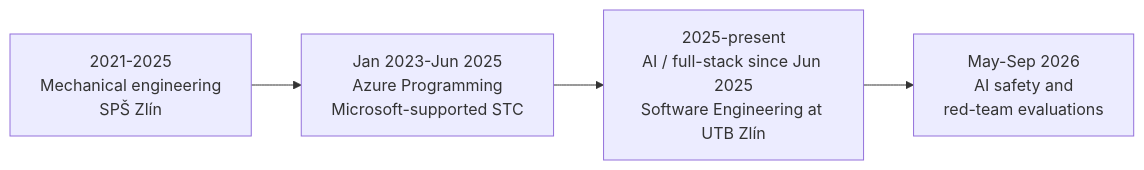
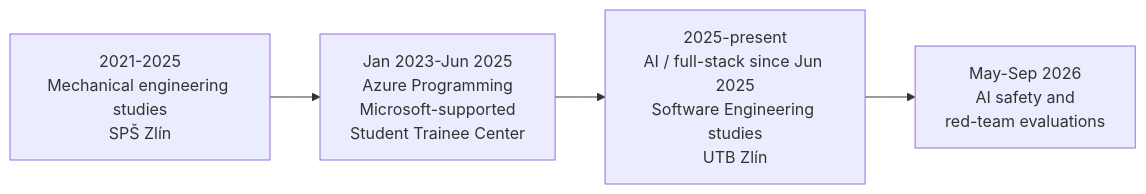
The diagram in README.md (Majkey25/Majkey25), drawn with Mermaid before and after one commit.

Commit message:
docs: keep career study labels explicit

```diff
--- a/README.md
+++ b/README.md
@@ -87,6 +87,6 @@
 ~~~mermaid
 flowchart LR
-    A["2021-2025<br/>Mechanical engineering<br/>SPŠ Zlín"] --> B["Jan 2023-Jun 2025<br/>Azure Programming<br/>Microsoft-supported STC"]
-    B --> C["2025-present<br/>AI / full-stack since Jun 2025<br/>Software Engineering at UTB Zlín"]
+    A["2021-2025<br/>Mechanical engineering studies<br/>SPŠ Zlín"] --> B["Jan 2023-Jun 2025<br/>Azure Programming<br/>Microsoft-supported<br/>Student Trainee Center"]
+    B --> C["2025-present<br/>AI / full-stack since Jun 2025<br/>Software Engineering studies<br/>UTB Zlín"]
     C --> D["May-Sep 2026<br/>AI safety and<br/>red-team evaluations"]
 ~~~
```
